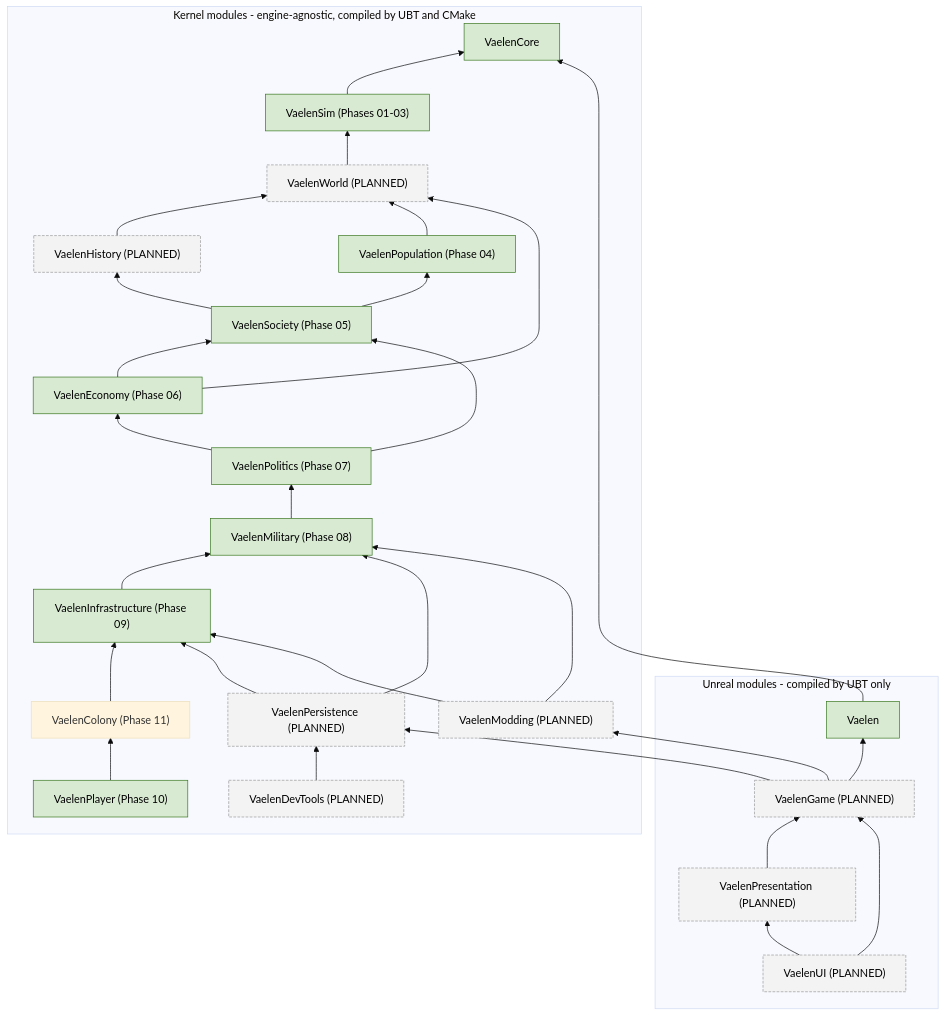
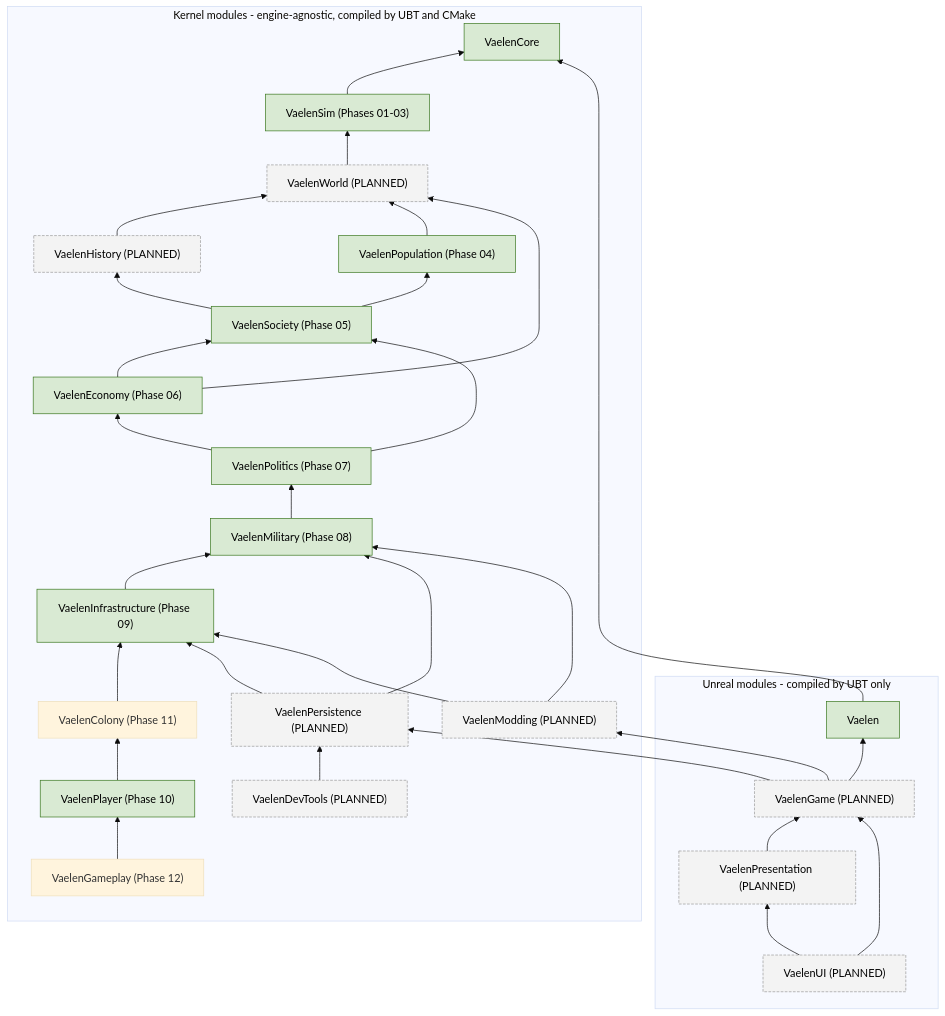
The second of 2 diagrams in Docs/ARCHITECTURE.md (Thomas10112/vaelen), drawn with Mermaid (base theme) before and after one commit. The commit also changed other lines of this file and 7 other files, not shown here.

````diff
--- a/Docs/ARCHITECTURE.md
+++ b/Docs/ARCHITECTURE.md
@@ -177,59 +179,61 @@
 ```mermaid
 flowchart BT
     subgraph Kernel["Kernel modules - engine-agnostic, compiled by UBT and CMake"]
         Core["VaelenCore"]
         Sim["VaelenSim (Phases 01-03)"]
         World["VaelenWorld (PLANNED)"]
         History["VaelenHistory (PLANNED)"]
         Population["VaelenPopulation (Phase 04)"]
         Society["VaelenSociety (Phase 05)"]
         Economy["VaelenEconomy (Phase 06)"]
         Politics["VaelenPolitics (Phase 07)"]
         Military["VaelenMilitary (Phase 08)"]
         Infrastructure["VaelenInfrastructure (Phase 09)"]
         ColonyMod["VaelenColony (Phase 11)"]
         PlayerMod["VaelenPlayer (Phase 10)"]
+        GameplayMod["VaelenGameplay (Phase 12)"]
         Persistence["VaelenPersistence (PLANNED)"]
         DevTools["VaelenDevTools (PLANNED)"]
         Modding["VaelenModding (PLANNED)"]
     end
     subgraph Unreal["Unreal modules - compiled by UBT only"]
         Bridge["Vaelen"]
         Game["VaelenGame (PLANNED)"]
         Presentation["VaelenPresentation (PLANNED)"]
         UI["VaelenUI (PLANNED)"]
     end
 
     Sim --> Core
     World --> Sim
     History --> World
     Population --> World
     Society --> Population
     Society --> History
     Economy --> Society
     Economy --> World
     Politics --> Society
     Politics --> Economy
     Military --> Politics
     Infrastructure --> Military
     ColonyMod --> Infrastructure
     PlayerMod --> ColonyMod
+    GameplayMod --> PlayerMod
     Persistence --> Military
     Persistence --> Infrastructure
     DevTools --> Persistence
     Modding --> Infrastructure
     Modding --> Military
 
     Bridge --> Core
     Game --> Bridge
     Game --> Persistence
     Game --> Modding
     Presentation --> Game
     UI --> Presentation
     UI --> Game
 
     classDef existing fill:#d9ead3,stroke:#38761d,color:#000;
     classDef planned fill:#f3f3f3,stroke:#999,color:#000,stroke-dasharray: 4 2;
     class Core,Bridge,Sim,Population,Society,Economy,Politics,Military,Infrastructure,PlayerMod existing;
     class World,History,Persistence,DevTools,Modding,Game,Presentation,UI planned;
 ```
````
